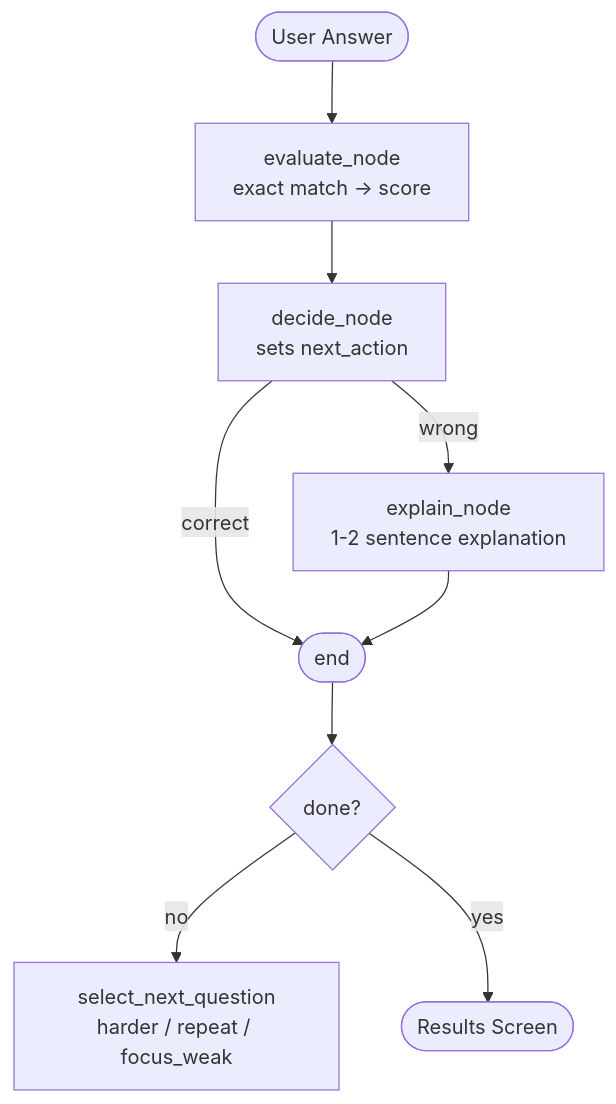
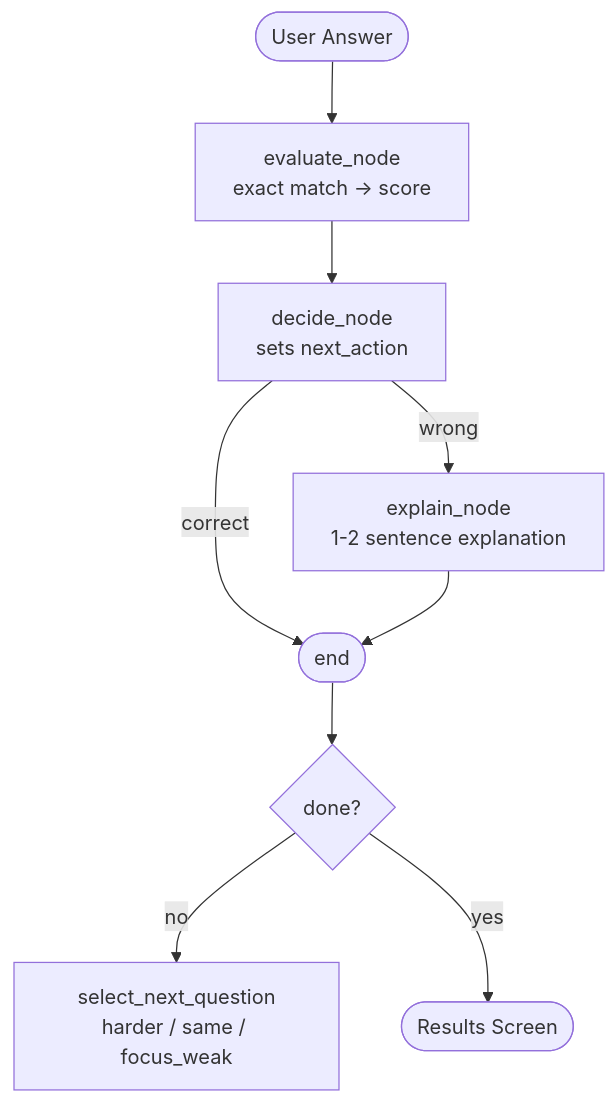
One commit to MedOussamaBraiek/study-ai changed the diagram in README.md. Above: the diagram before and after it, drawn with Mermaid. The commit also changed other lines of this file, not shown here.

````diff
--- a/README.md
+++ b/README.md
@@ -53,11 +16,11 @@
 ```mermaid
 graph TD
     A([User Answer]) --> B[evaluate_node\nexact match → score]
     B --> C[decide_node\nsets next_action]
     C -->|wrong| D[explain_node\n1-2 sentence explanation]
     C -->|correct| E([end])
     D --> E
     E --> F{done?}
-    F -->|no| G[select_next_question\nharder / repeat / focus_weak]
+    F -->|no| G[select_next_question\nharder / same / focus_weak]
     F -->|yes| H([Results Screen])
 ```
````
